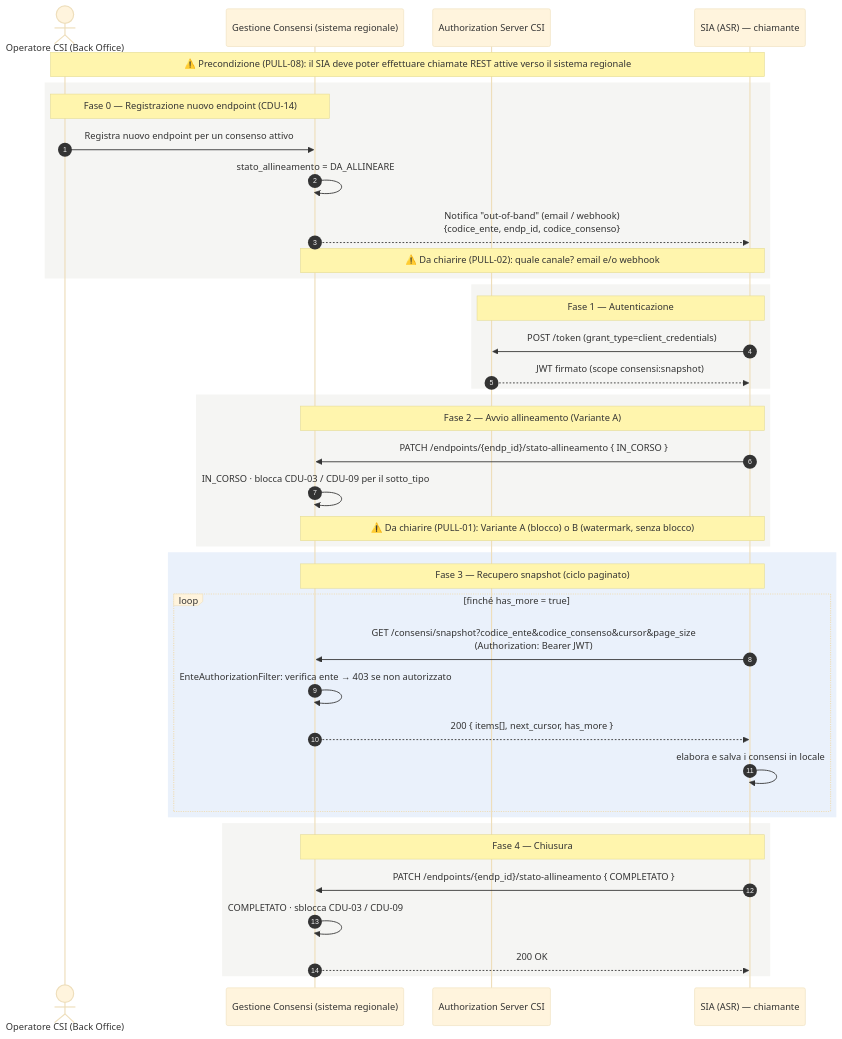
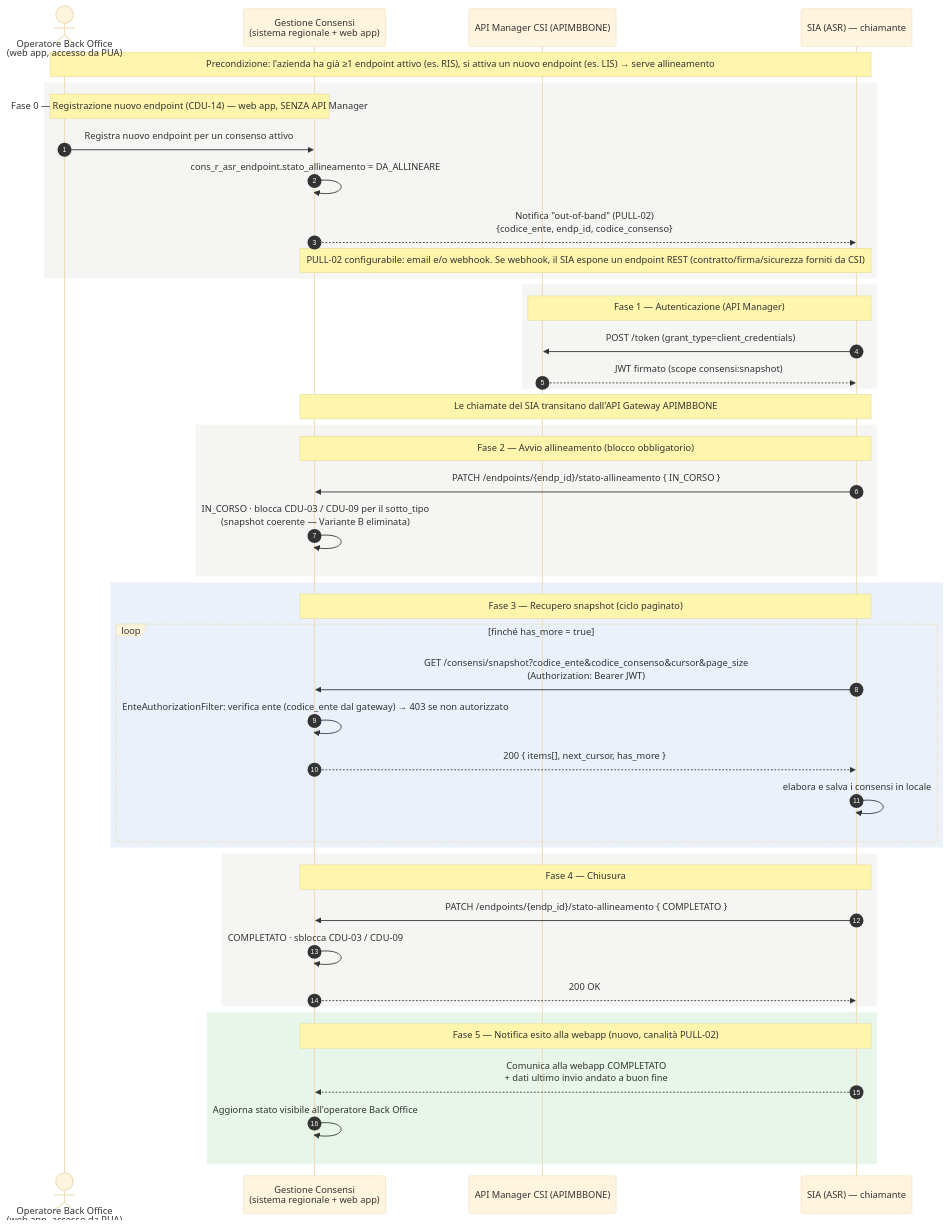
Before and after one commit to caccu/srs_cons_git: the diagram in src/site/notes/CDU-17_diagramma-sequenza.md, drawn with Mermaid (base theme). The commit also changed other lines of this file and 20 other files, not shown here.

````diff
--- a/src/site/notes/CDU-17_diagramma-sequenza.md
+++ b/src/site/notes/CDU-17_diagramma-sequenza.md
@@ -15,48 +24,55 @@
 ```mermaid
 sequenceDiagram
     autonumber
-    actor OP as Operatore CSI (Back Office)
-    participant GC as Gestione Consensi (sistema regionale)
-    participant AS as Authorization Server CSI
+    actor OP as Operatore Back Office<br/>(web app, accesso da PUA)
+    participant GC as Gestione Consensi<br/>(sistema regionale + web app)
+    participant APIM as API Manager CSI (APIMBBONE)
     participant SIA as SIA (ASR) — chiamante
 
-    Note over OP,SIA: ⚠️ Precondizione (PULL-08): il SIA deve poter effettuare chiamate REST attive verso il sistema regionale
+    Note over OP,SIA: Precondizione: l'azienda ha già ≥1 endpoint attivo (es. RIS), si attiva un nuovo endpoint (es. LIS) → serve allineamento
 
     rect rgb(245,245,243)
-    Note over OP,GC: Fase 0 — Registrazione nuovo endpoint (CDU-14)
+    Note over OP,GC: Fase 0 — Registrazione nuovo endpoint (CDU-14) — web app, SENZA API Manager
     OP->>GC: Registra nuovo endpoint per un consenso attivo
-    GC->>GC: stato_allineamento = DA_ALLINEARE
-    GC-->>SIA: Notifica "out-of-band" (email / webhook)<br/>{codice_ente, endp_id, codice_consenso}
-    Note over GC,SIA: ⚠️ Da chiarire (PULL-02): quale canale? email e/o webhook
+    GC->>GC: cons_r_asr_endpoint.stato_allineamento = DA_ALLINEARE
+    GC-->>SIA: Notifica "out-of-band" (PULL-02)<br/>{codice_ente, endp_id, codice_consenso}
+    Note over GC,SIA: PULL-02 configurabile: email e/o webhook. Se webhook, il SIA espone un endpoint REST (contratto/firma/sicurezza forniti da CSI)
     end
 
     rect rgb(245,245,243)
-    Note over SIA,AS: Fase 1 — Autenticazione
-    SIA->>AS: POST /token (grant_type=client_credentials)
-    AS-->>SIA: JWT firmato (scope consensi:snapshot)
+    Note over SIA,APIM: Fase 1 — Autenticazione (API Manager)
+    SIA->>APIM: POST /token (grant_type=client_credentials)
+    APIM-->>SIA: JWT firmato (scope consensi:snapshot)
     end
 
+    Note over SIA,GC: Le chiamate del SIA transitano dall'API Gateway APIMBBONE
+
     rect rgb(245,245,243)
-    Note over SIA,GC: Fase 2 — Avvio allineamento (Variante A)
+    Note over SIA,GC: Fase 2 — Avvio allineamento (blocco obbligatorio)
     SIA->>GC: PATCH /endpoints/{endp_id}/stato-allineamento { IN_CORSO }
-    GC->>GC: IN_CORSO · blocca CDU-03 / CDU-09 per il sotto_tipo
-    Note over SIA,GC: ⚠️ Da chiarire (PULL-01): Variante A (blocco) o B (watermark, senza blocco)
+    GC->>GC: IN_CORSO · blocca CDU-03 / CDU-09 per il sotto_tipo<br/>(snapshot coerente — Variante B eliminata)
     end
 
     rect rgb(234,241,251)
     Note over SIA,GC: Fase 3 — Recupero snapshot (ciclo paginato)
     loop finché has_more = true
         SIA->>GC: GET /consensi/snapshot?codice_ente&codice_consenso&cursor&page_size<br/>(Authorization: Bearer JWT)
-        GC->>GC: EnteAuthorizationFilter: verifica ente → 403 se non autorizzato
+        GC->>GC: EnteAuthorizationFilter: verifica ente (codice_ente dal gateway) → 403 se non autorizzato
         GC-->>SIA: 200 { items[], next_cursor, has_more }
         SIA->>SIA: elabora e salva i consensi in locale
     end
     end
 
     rect rgb(245,245,243)
     Note over SIA,GC: Fase 4 — Chiusura
     SIA->>GC: PATCH /endpoints/{endp_id}/stato-allineamento { COMPLETATO }
     GC->>GC: COMPLETATO · sblocca CDU-03 / CDU-09
     GC-->>SIA: 200 OK
     end
+
+    rect rgb(232,245,233)
+    Note over SIA,GC: Fase 5 — Notifica esito alla webapp (nuovo, canalità PULL-02)
+    SIA-->>GC: Comunica alla webapp COMPLETATO<br/>+ dati ultimo invio andato a buon fine
+    GC->>GC: Aggiorna stato visibile all'operatore Back Office
+    end
 ```
````
